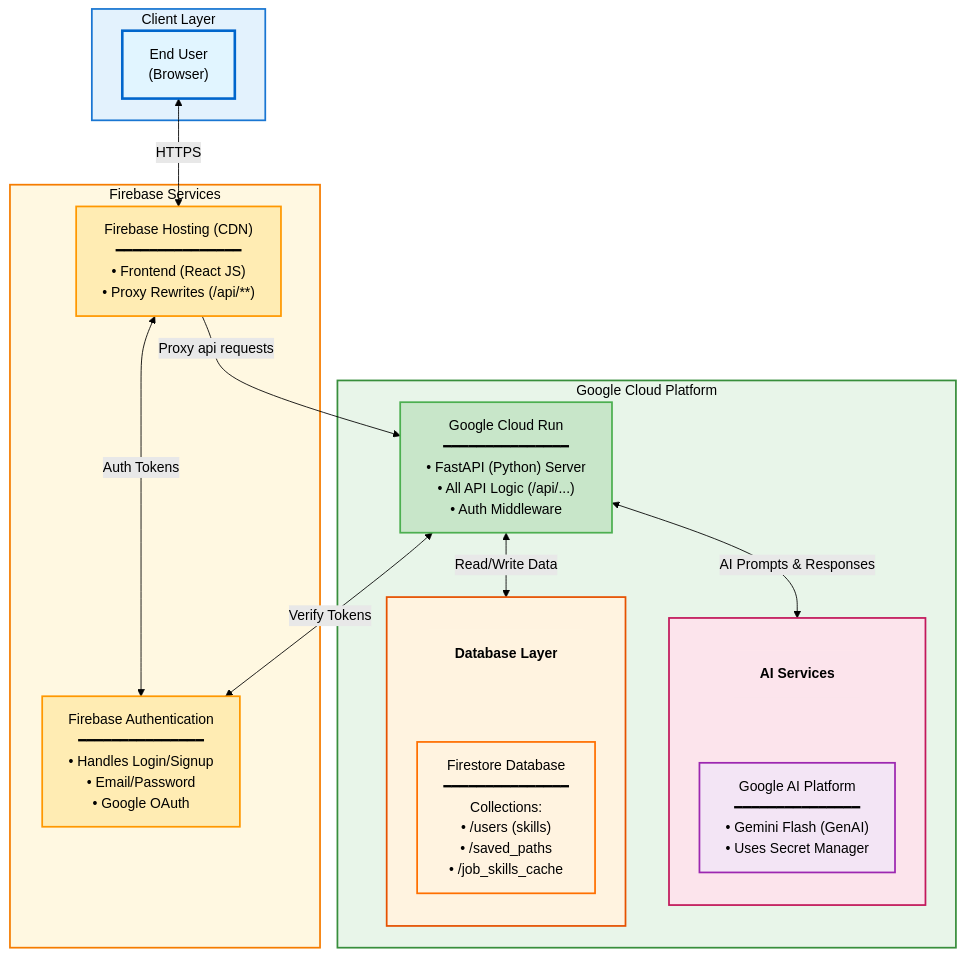
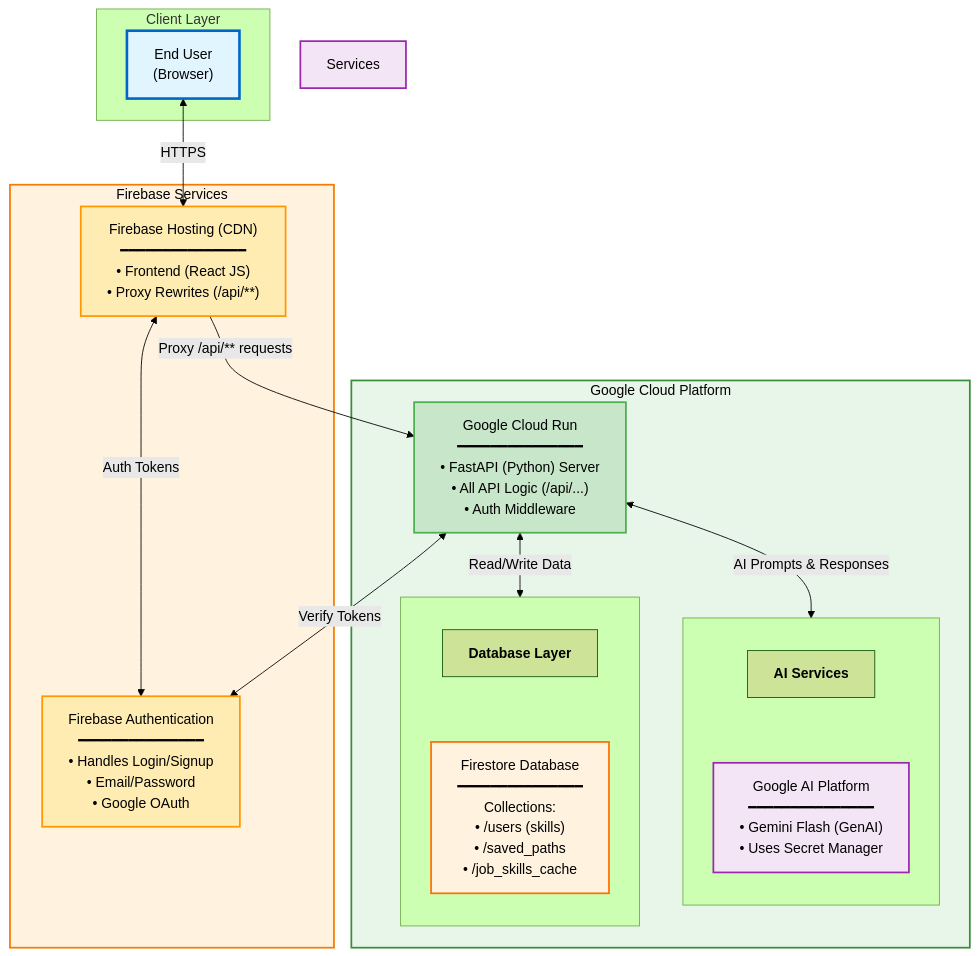
Before and after one commit to Krishna4311/ai-career-advisor: the diagram in README.md, drawn with Mermaid (forest theme).

Commit message:
Refine workflow diagram and update styles in README
Updated README.md to refine workflow diagram and styles.

````diff
--- a/README.md
+++ b/README.md
@@ -32,50 +32,46 @@
 ```mermaid
 flowchart TB
     subgraph Client["Client Layer"]
         Browser["End User<br/>(Browser)"]
     end
     
     subgraph Firebase["Firebase Services"]
         Hosting["Firebase Hosting (CDN)<br/>━━━━━━━━━━━━━━━<br/>• Frontend (React JS)<br/>• Proxy Rewrites (/api/**)"]
         Auth["Firebase Authentication<br/>━━━━━━━━━━━━━━━<br/>• Handles Login/Signup<br/>• Email/Password<br/>• Google OAuth"]
     end
     
     subgraph GCP["Google Cloud Platform"]
         CloudRun["Google Cloud Run<br/>━━━━━━━━━━━━━━━<br/>• FastAPI (Python) Server<br/>• All API Logic (/api/...)<br/>• Auth Middleware"]
         
         subgraph AIServices[" "]
             direction TB
             AITitle["<b>AI Services</b>"]
             Gemini["Google AI Platform<br/>━━━━━━━━━━━━━━━<br/>• Gemini Flash (GenAI)<br/>• Uses Secret Manager"]
             AITitle ~~~ Gemini
         end
         
         subgraph Database[" "]
             direction TB
             DBTitle["<b>Database Layer</b>"]
             Firestore["Firestore Database<br/>━━━━━━━━━━━━━━━<br/>Collections:<br/>• /users (skills)<br/>• /saved_paths<br/>• /job_skills_cache"]
             DBTitle ~~~ Firestore
         end
     end
     
     Browser <-->|HTTPS| Hosting
     Hosting <-->|Auth Tokens| Auth
-    Hosting -->|Proxy api requests| CloudRun
+    Hosting -->|Proxy /api/** requests| CloudRun
     CloudRun <-->|Verify Tokens| Auth
     CloudRun <-->|AI Prompts & Responses| Gemini
     CloudRun <-->|Read/Write Data| Firestore
     
     style Browser fill:#e1f5ff,stroke:#0066cc,stroke-width:3px,color:#000
+    style Firebase fill:#fff3e0,stroke:#f57c00,stroke-width:2px,color:#000
     style Hosting fill:#ffecb3,stroke:#ff9800,stroke-width:2px,color:#000
     style Auth fill:#ffecb3,stroke:#ff9800,stroke-width:2px,color:#000
+    style GCP fill:#e8f5e9,stroke:#388e3c,stroke-width:2px,color:#000
     style CloudRun fill:#c8e6c9,stroke:#4caf50,stroke-width:2px,color:#000
+    style Services fill:#f3e5f5,stroke:#9c27b0,stroke-width:2px,color:#000
     style Gemini fill:#f3e5f5,stroke:#9c27b0,stroke-width:2px,color:#000
     style Firestore fill:#fff3e0,stroke:#ff6f00,stroke-width:2px,color:#000
-    style Client fill:#e3f2fd,stroke:#1976d2,stroke-width:2px,color:#000
-    style Firebase fill:#fff8e1,stroke:#f57c00,stroke-width:2px,color:#000
-    style GCP fill:#e8f5e9,stroke:#388e3c,stroke-width:2px,color:#000
-    style AIServices fill:#fce4ec,stroke:#c2185b,stroke-width:2px,color:#000
-    style Database fill:#fff3e0,stroke:#e65100,stroke-width:2px,color:#000
-    style AITitle fill:#fce4ec,stroke:none,color:#000
-    style DBTitle fill:#fff3e0,stroke:none,color:#000
 ```
````
